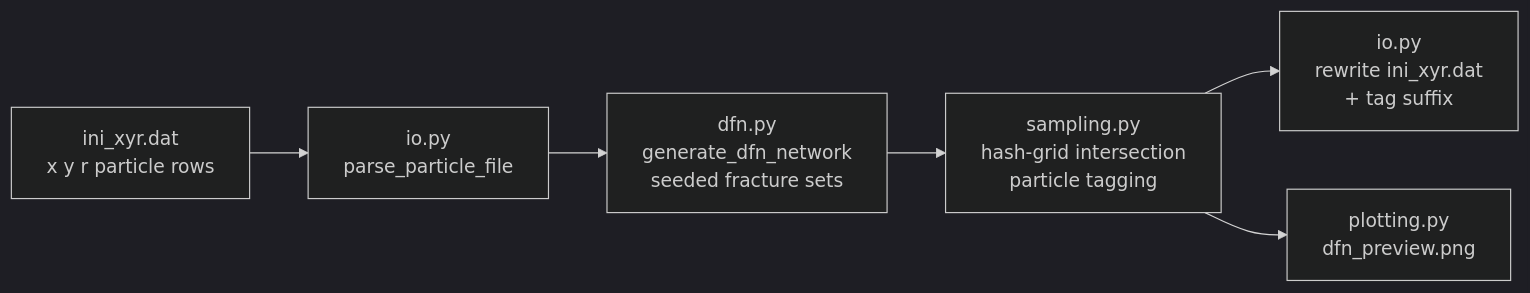
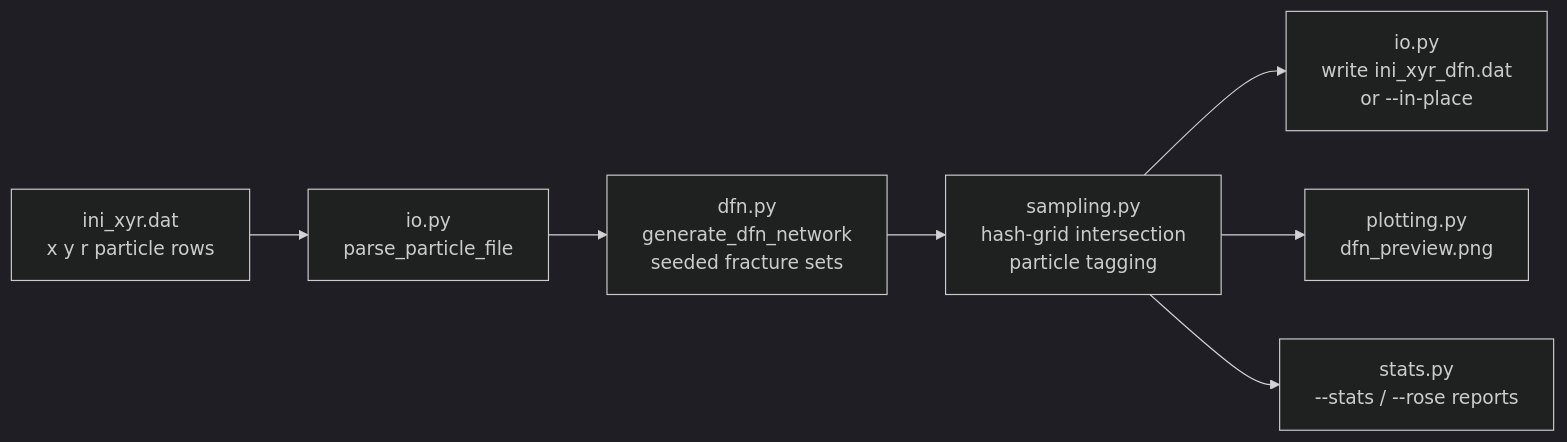
One commit to Phoenix0531-sudo/ZDEM_DFN changed the diagram in README.md. Above: the diagram before and after it, drawn with Mermaid (dark theme). The commit also changed other lines of this file and 3 other files, not shown here.

````diff
--- a/README.md
+++ b/README.md
@@ -107,8 +107,9 @@
 ```mermaid
 flowchart LR
     A[ini_xyr.dat<br/>x y r particle rows] --> B[io.py<br/>parse_particle_file]
     B --> C[dfn.py<br/>generate_dfn_network<br/>seeded fracture sets]
     C --> D[sampling.py<br/>hash-grid intersection<br/>particle tagging]
-    D --> E[io.py<br/>rewrite ini_xyr.dat<br/>+ tag suffix]
+    D --> E[io.py<br/>write ini_xyr_dfn.dat<br/>or --in-place]
     D --> F[plotting.py<br/>dfn_preview.png]
+    D --> G[stats.py<br/>--stats / --rose reports]
 ```
````
